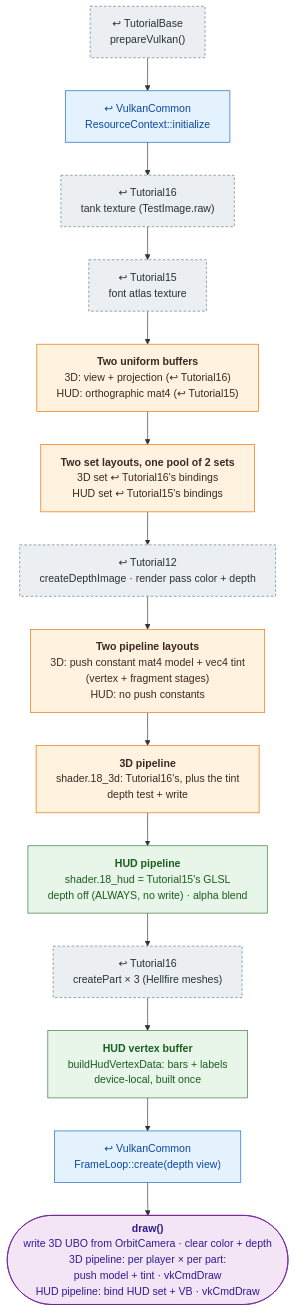
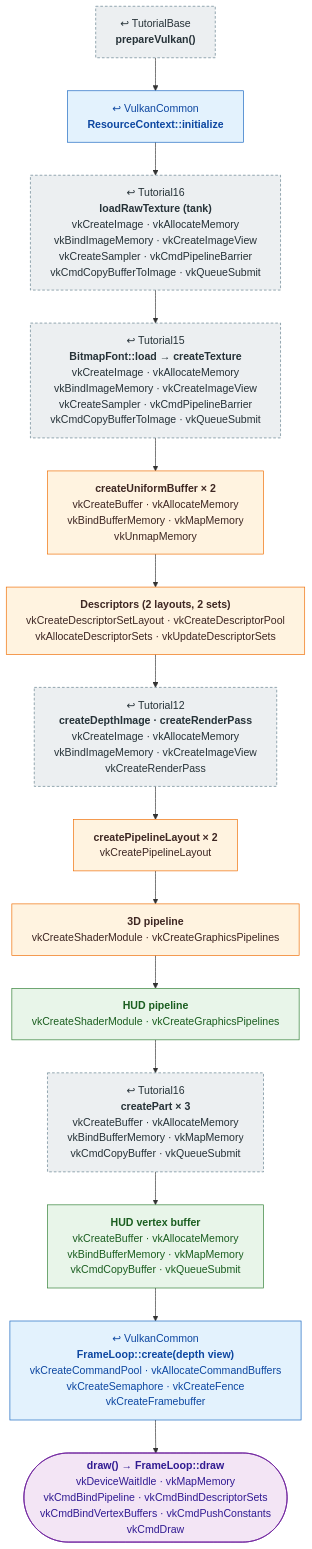
Before and after one commit to mehoggan/vulkan_graphix: the diagram in docs/pipeline/18_player_tanks_hud.md, drawn with Mermaid. The commit also changed other lines of this file and 24 other files, not shown here.

First line of the commit message:
docs: label pipeline boxes with the Vulkan calls each step makes

````diff
--- a/docs/pipeline/18_player_tanks_hud.md
+++ b/docs/pipeline/18_player_tanks_hud.md
@@ -12,26 +12,26 @@
 ```mermaid
 %%{init: {"flowchart": {"wrappingWidth": 400}}}%%
 flowchart TD
     classDef reused fill:#eceff1,stroke:#607d8b,stroke-dasharray:4 3,color:#263238
     classDef changed fill:#fff3e0,stroke:#ef6c00,color:#3e2723
     classDef new fill:#e8f5e9,stroke:#2e7d32,color:#1b5e20
     classDef shared fill:#e3f2fd,stroke:#1565c0,color:#0d47a1
     classDef frame fill:#f3e5f5,stroke:#6a1b9a,color:#311b92
 
-    BASE["↩ TutorialBase<br/>prepareVulkan()"]:::reused
-    RC["↩ VulkanCommon<br/>ResourceContext::initialize"]:::shared
-    TTEX["↩ Tutorial16<br/>tank texture (TestImage.raw)"]:::reused
-    FONT["↩ Tutorial15<br/>font atlas texture"]:::reused
-    UBO["<b>Two uniform buffers</b><br/>3D: view + projection (↩ Tutorial16)<br/>HUD: orthographic mat4 (↩ Tutorial15)"]:::changed
-    DESC["<b>Two set layouts, one pool of 2 sets</b><br/>3D set ↩ Tutorial16's bindings<br/>HUD set ↩ Tutorial15's bindings"]:::changed
-    DEPTH["↩ Tutorial12<br/>createDepthImage · render pass color + depth"]:::reused
-    PLL["<b>Two pipeline layouts</b><br/>3D: push constant mat4 model + vec4 tint<br/>(vertex + fragment stages)<br/>HUD: no push constants"]:::changed
-    P3D["<b>3D pipeline</b><br/>shader.18_3d: Tutorial16's, plus the tint<br/>depth test + write"]:::changed
-    PHUD["<b>HUD pipeline</b><br/>shader.18_hud = Tutorial15's GLSL<br/>depth off (ALWAYS, no write) · alpha blend"]:::new
-    PARTS["↩ Tutorial16<br/>createPart × 3 (Hellfire meshes)"]:::reused
-    HUDVB["<b>HUD vertex buffer</b><br/>buildHudVertexData: bars + labels<br/>device-local, built once"]:::new
-    FL["↩ VulkanCommon<br/>FrameLoop::create(depth view)"]:::shared
-    DRAW(["<b>draw()</b><br/>write 3D UBO from OrbitCamera · clear color + depth<br/>3D pipeline: per player × per part:<br/>push model + tint · vkCmdDraw<br/>HUD pipeline: bind HUD set + VB · vkCmdDraw"]):::frame
+    BASE["↩ TutorialBase<br/><b>prepareVulkan()</b>"]:::reused
+    RC["↩ VulkanCommon<br/><b>ResourceContext::initialize</b>"]:::shared
+    TTEX["↩ Tutorial16<br/><b>loadRawTexture (tank)</b><br/>vkCreateImage  ·  vkAllocateMemory<br/>vkBindImageMemory  ·  vkCreateImageView<br/>vkCreateSampler  ·  vkCmdPipelineBarrier<br/>vkCmdCopyBufferToImage  ·  vkQueueSubmit"]:::reused
+    FONT["↩ Tutorial15<br/><b>BitmapFont::load → createTexture</b><br/>vkCreateImage  ·  vkAllocateMemory<br/>vkBindImageMemory  ·  vkCreateImageView<br/>vkCreateSampler  ·  vkCmdPipelineBarrier<br/>vkCmdCopyBufferToImage  ·  vkQueueSubmit"]:::reused
+    UBO["<b>createUniformBuffer × 2</b><br/>vkCreateBuffer  ·  vkAllocateMemory<br/>vkBindBufferMemory  ·  vkMapMemory<br/>vkUnmapMemory"]:::changed
+    DESC["<b>Descriptors (2 layouts, 2 sets)</b><br/>vkCreateDescriptorSetLayout  ·  vkCreateDescriptorPool<br/>vkAllocateDescriptorSets  ·  vkUpdateDescriptorSets"]:::changed
+    DEPTH["↩ Tutorial12<br/><b>createDepthImage · createRenderPass</b><br/>vkCreateImage  ·  vkAllocateMemory<br/>vkBindImageMemory  ·  vkCreateImageView<br/>vkCreateRenderPass"]:::reused
+    PLL["<b>createPipelineLayout × 2</b><br/>vkCreatePipelineLayout"]:::changed
+    P3D["<b>3D pipeline</b><br/>vkCreateShaderModule  ·  vkCreateGraphicsPipelines"]:::changed
+    PHUD["<b>HUD pipeline</b><br/>vkCreateShaderModule  ·  vkCreateGraphicsPipelines"]:::new
+    PARTS["↩ Tutorial16<br/><b>createPart × 3</b><br/>vkCreateBuffer  ·  vkAllocateMemory<br/>vkBindBufferMemory  ·  vkMapMemory<br/>vkCmdCopyBuffer  ·  vkQueueSubmit"]:::reused
+    HUDVB["<b>HUD vertex buffer</b><br/>vkCreateBuffer  ·  vkAllocateMemory<br/>vkBindBufferMemory  ·  vkMapMemory<br/>vkCmdCopyBuffer  ·  vkQueueSubmit"]:::new
+    FL["↩ VulkanCommon<br/><b>FrameLoop::create(depth view)</b><br/>vkCreateCommandPool  ·  vkAllocateCommandBuffers<br/>vkCreateSemaphore  ·  vkCreateFence<br/>vkCreateFramebuffer"]:::shared
+    DRAW(["<b>draw() → FrameLoop::draw</b><br/>vkDeviceWaitIdle  ·  vkMapMemory<br/>vkCmdBindPipeline  ·  vkCmdBindDescriptorSets<br/>vkCmdBindVertexBuffers  ·  vkCmdPushConstants<br/>vkCmdDraw"]):::frame
 
     BASE --> RC --> TTEX --> FONT --> UBO --> DESC --> DEPTH --> PLL --> P3D --> PHUD --> PARTS --> HUDVB --> FL --> DRAW
 ```
````
